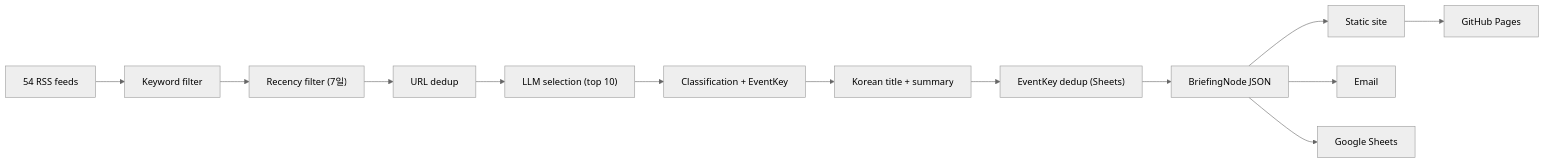
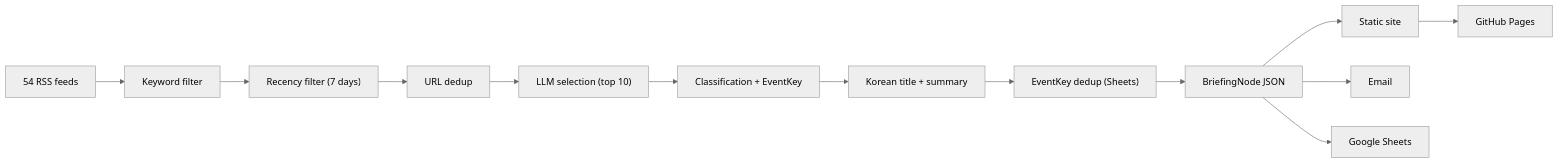
Before and after one commit to lowtidebuild/legal-briefing: the diagram in README.md, drawn with Mermaid (neutral theme). The commit also changed other lines of this file and 1 other file, not shown here.

````diff
--- a/README.md
+++ b/README.md
@@ -150,15 +152,15 @@
 ```mermaid
 flowchart LR
     A["54 RSS feeds"] --> B["Keyword filter"]
-    B --> B2["Recency filter (7일)"]
+    B --> B2["Recency filter (7 days)"]
     B2 --> C["URL dedup"]
     C --> D["LLM selection (top 10)"]
     D --> E["Classification + EventKey"]
     E --> F["Korean title + summary"]
     F --> G["EventKey dedup (Sheets)"]
     G --> H["BriefingNode JSON"]
     H --> I["Static site"]
     H --> J["Email"]
     H --> K["Google Sheets"]
     I --> L["GitHub Pages"]
 ```
````
